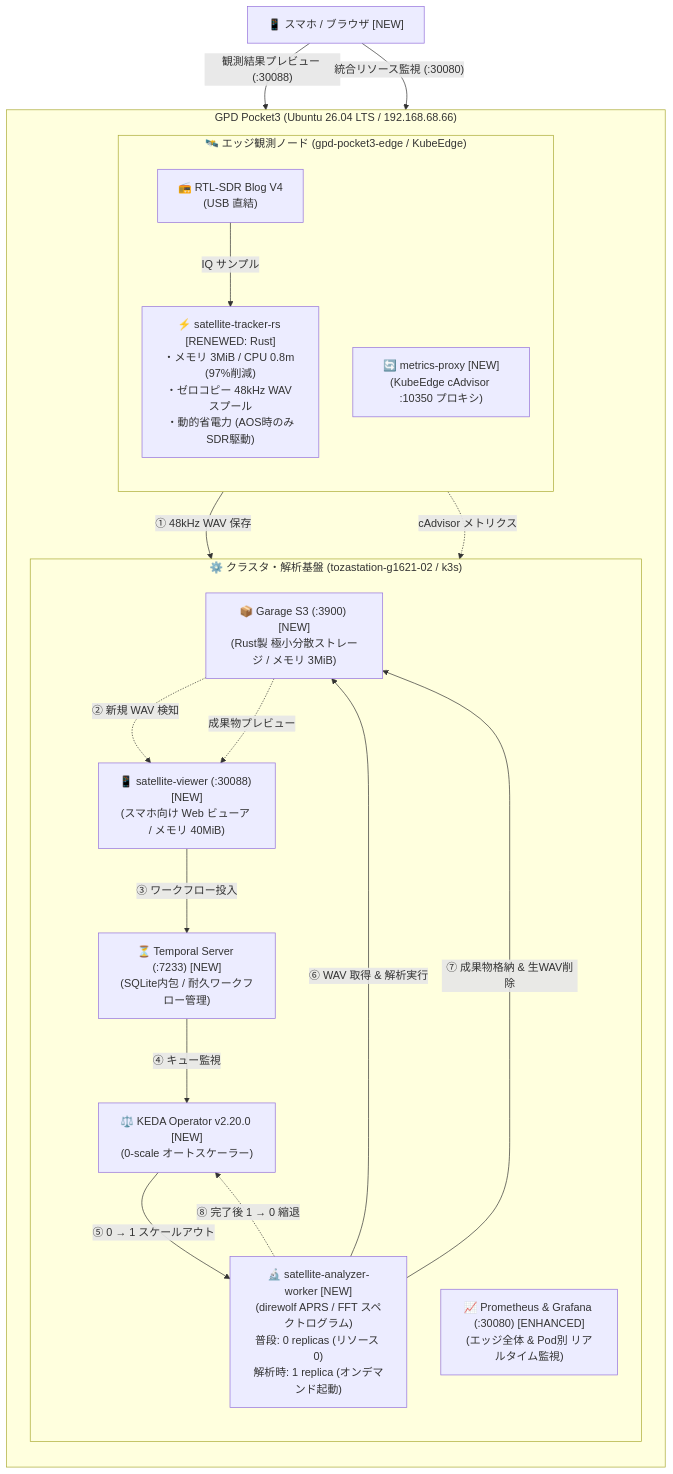
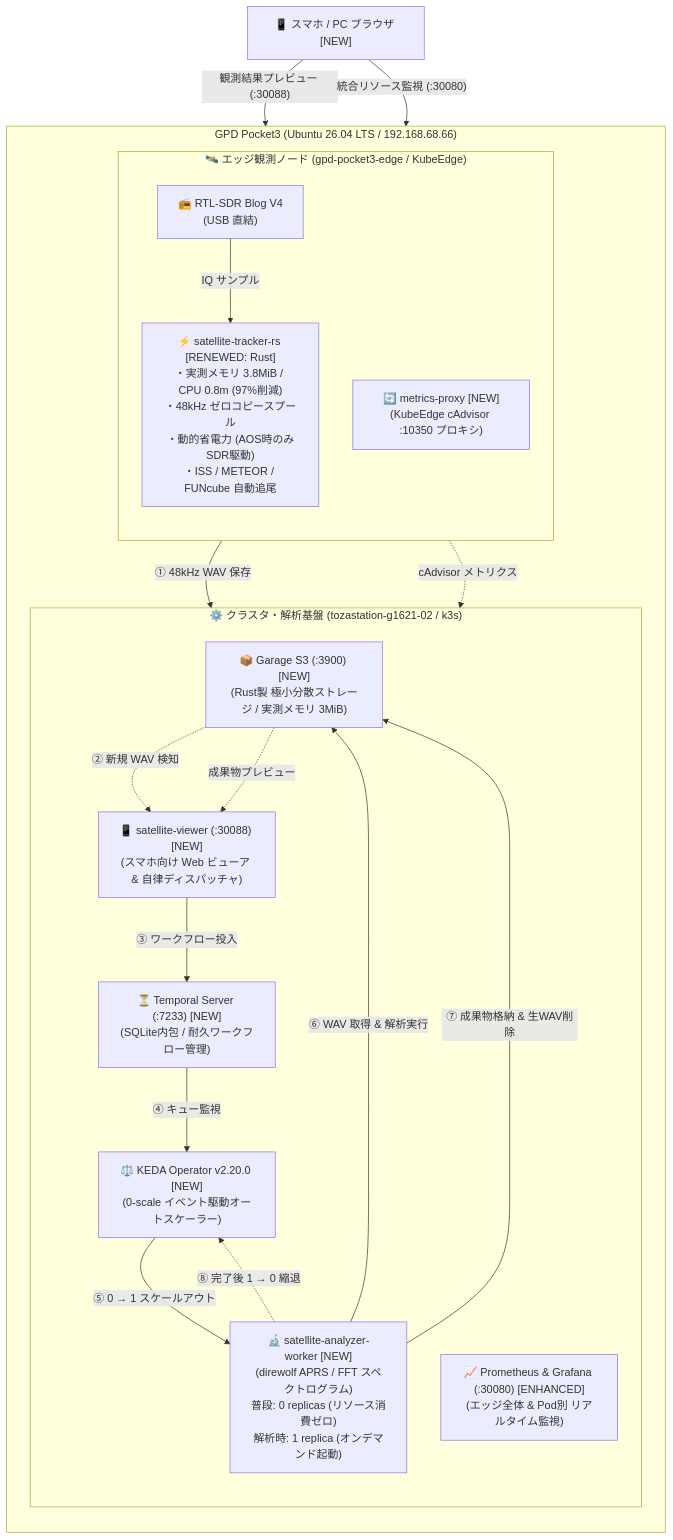
Before and after one commit to tozastation/radio-astronomy: the second of 2 diagrams in docs/articles/qiita_kubeedge_pipeline.md, drawn with Mermaid. The commit also changed other lines of this file, not shown here.

````diff
--- a/docs/articles/qiita_kubeedge_pipeline.md
+++ b/docs/articles/qiita_kubeedge_pipeline.md
@@ -94,42 +94,42 @@
 ```mermaid
 flowchart TB
     subgraph Host["GPD Pocket3 (Ubuntu 26.04 LTS / 192.168.68.66)"]
         direction TB
 
         subgraph EdgeSide["🛰️ エッジ観測ノード (gpd-pocket3-edge / KubeEdge)"]
             direction TB
             RTLSDR["📻 RTL-SDR Blog V4<br/>(USB 直結)"]
-            TrackerNew["⚡ satellite-tracker-rs [RENEWED: Rust]<br/>・メモリ 3MiB / CPU 0.8m (97%削減)<br/>・ゼロコピー 48kHz WAV スプール<br/>・動的省電力 (AOS時のみSDR駆動)"]
+            TrackerNew["⚡ satellite-tracker-rs [RENEWED: Rust]<br/>・実測メモリ 3.8MiB / CPU 0.8m (97%削減)<br/>・48kHz ゼロコピースプール<br/>・動的省電力 (AOS時のみSDR駆動)<br/>・ISS / METEOR / FUNcube 自動追尾"]
             Proxy["🔄 metrics-proxy [NEW]<br/>(KubeEdge cAdvisor :10350 プロキシ)"]
 
             RTLSDR -->|"IQ サンプル"| TrackerNew
         end
 
         subgraph CloudSide["⚙️ クラスタ・解析基盤 (tozastation-g1621-02 / k3s)"]
             direction TB
-            Garage["📦 Garage S3 (:3900) [NEW]<br/>(Rust製 極小分散ストレージ / メモリ 3MiB)"]
+            Garage["📦 Garage S3 (:3900) [NEW]<br/>(Rust製 極小分散ストレージ / 実測メモリ 3MiB)"]
             Temporal["⏳ Temporal Server (:7233) [NEW]<br/>(SQLite内包 / 耐久ワークフロー管理)"]
-            KEDA["⚖️ KEDA Operator v2.20.0 [NEW]<br/>(0-scale オートスケーラー)"]
-            Worker["🔬 satellite-analyzer-worker [NEW]<br/>(direwolf APRS / FFT スペクトログラム)<br/>普段: 0 replicas (リソース 0)<br/>解析時: 1 replica (オンデマンド起動)"]
-            Viewer["📱 satellite-viewer (:30088) [NEW]<br/>(スマホ向け Web ビューア / メモリ 40MiB)"]
+            KEDA["⚖️ KEDA Operator v2.20.0 [NEW]<br/>(0-scale イベント駆動オートスケーラー)"]
+            Worker["🔬 satellite-analyzer-worker [NEW]<br/>(direwolf APRS / FFT スペクトログラム)<br/>普段: 0 replicas (リソース消費ゼロ)<br/>解析時: 1 replica (オンデマンド起動)"]
+            Viewer["📱 satellite-viewer (:30088) [NEW]<br/>(スマホ向け Web ビューア & 自律ディスパッチャ)"]
 
             Prometheus["📈 Prometheus & Grafana (:30080) [ENHANCED]<br/>(エッジ全体 & Pod別 リアルタイム監視)"]
 
             TrackerNew -->|"① 48kHz WAV 保存"| Garage
             Garage -.->|"② 新規 WAV 検知"| Viewer
             Viewer -->|"③ ワークフロー投入"| Temporal
             Temporal -->|"④ キュー監視"| KEDA
             KEDA -->|"⑤ 0 → 1 スケールアウト"| Worker
             Worker -->|"⑥ WAV 取得 & 解析実行"| Garage
             Worker -->|"⑦ 成果物格納 & 生WAV削除"| Garage
             Worker -.->|"⑧ 完了後 1 → 0 縮退"| KEDA
 
             Proxy -.->|"cAdvisor メトリクス"| Prometheus
             Garage -.->|"成果物プレビュー"| Viewer
         end
     end
 
-    UserPhone["📱 スマホ / ブラウザ [NEW]"]
+    UserPhone["📱 スマホ / PC ブラウザ [NEW]"]
     UserPhone -->|"観測結果プレビュー (:30088)"| Viewer
     UserPhone -->|"統合リソース監視 (:30080)"| Prometheus
 ```
````
